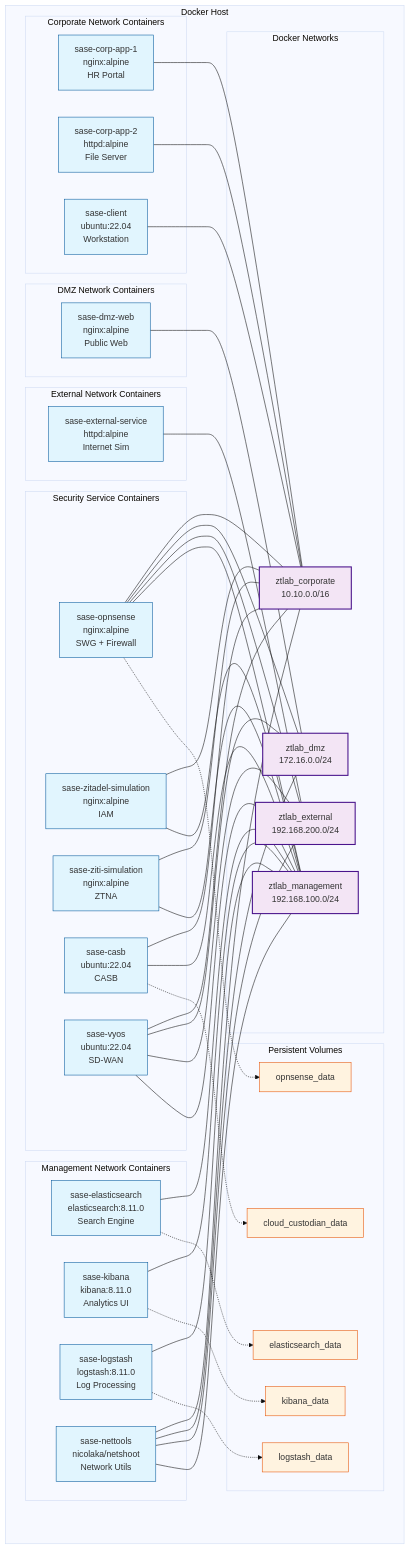
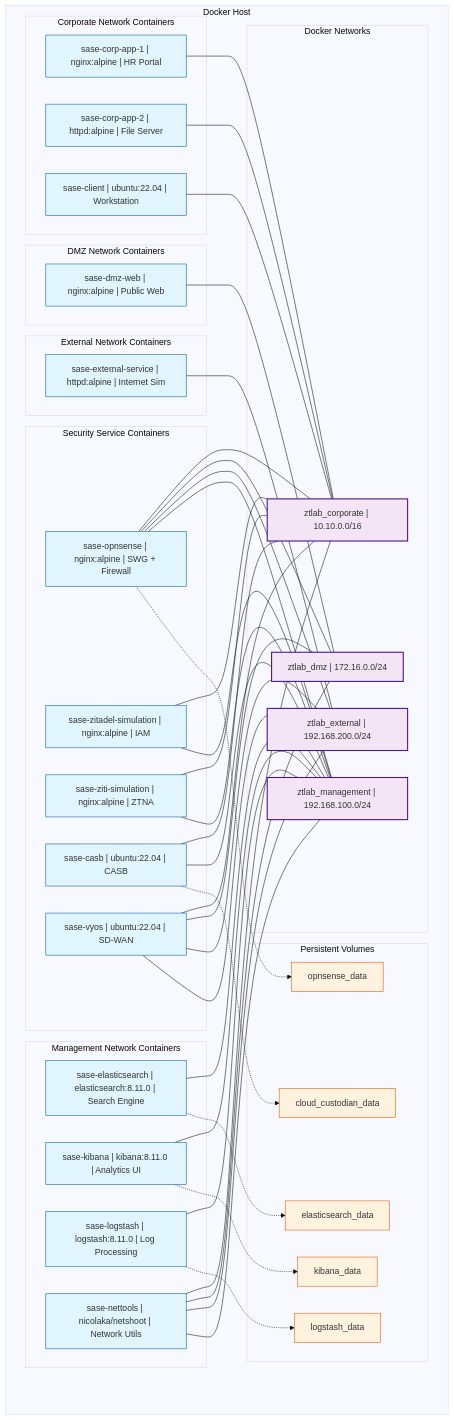
Before and after one commit to tom-jordan23/ztlab: the fifth of 7 diagrams in ARCHITECTURE.md, drawn with Mermaid (base theme). The commit also changed other lines of this file, not shown here.

Commit message:
diagram fixes

```diff
--- a/ARCHITECTURE.md
+++ b/ARCHITECTURE.md
@@ -302,39 +302,39 @@
 graph TB
     subgraph "Docker Host"
         subgraph "Corporate Network Containers"
-            C1[sase-corp-app-1<br/>nginx:alpine<br/>HR Portal]
-            C2[sase-corp-app-2<br/>httpd:alpine<br/>File Server]
-            C3[sase-client<br/>ubuntu:22.04<br/>Workstation]
+            C1["sase-corp-app-1 | nginx:alpine | HR Portal"]
+            C2["sase-corp-app-2 | httpd:alpine | File Server"]
+            C3["sase-client | ubuntu:22.04 | Workstation"]
         end
 
         subgraph "DMZ Network Containers"
-            D1[sase-dmz-web<br/>nginx:alpine<br/>Public Web]
+            D1["sase-dmz-web | nginx:alpine | Public Web"]
         end
 
         subgraph "External Network Containers"
-            E1[sase-external-service<br/>httpd:alpine<br/>Internet Sim]
+            E1["sase-external-service | httpd:alpine | Internet Sim"]
         end
 
         subgraph "Security Service Containers"
-            S1[sase-opnsense<br/>nginx:alpine<br/>SWG + Firewall]
-            S2[sase-zitadel-simulation<br/>nginx:alpine<br/>IAM]
-            S3[sase-ziti-simulation<br/>nginx:alpine<br/>ZTNA]
-            S4[sase-casb<br/>ubuntu:22.04<br/>CASB]
-            S5[sase-vyos<br/>ubuntu:22.04<br/>SD-WAN]
+            S1["sase-opnsense | nginx:alpine | SWG + Firewall"]
+            S2["sase-zitadel-simulation | nginx:alpine | IAM"]
+            S3["sase-ziti-simulation | nginx:alpine | ZTNA"]
+            S4["sase-casb | ubuntu:22.04 | CASB"]
+            S5["sase-vyos | ubuntu:22.04 | SD-WAN"]
         end
 
         subgraph "Management Network Containers"
-            M1[sase-elasticsearch<br/>elasticsearch:8.11.0<br/>Search Engine]
-            M2[sase-kibana<br/>kibana:8.11.0<br/>Analytics UI]
-            M3[sase-logstash<br/>logstash:8.11.0<br/>Log Processing]
-            M4[sase-nettools<br/>nicolaka/netshoot<br/>Network Utils]
+            M1["sase-elasticsearch | elasticsearch:8.11.0 | Search Engine"]
+            M2["sase-kibana | kibana:8.11.0 | Analytics UI"]
+            M3["sase-logstash | logstash:8.11.0 | Log Processing"]
+            M4["sase-nettools | nicolaka/netshoot | Network Utils"]
         end
 
         subgraph "Docker Networks"
-            N1[ztlab_corporate<br/>10.10.0.0/16]
-            N2[ztlab_dmz<br/>172.16.0.0/24]
-            N3[ztlab_external<br/>192.168.200.0/24]
-            N4[ztlab_management<br/>192.168.100.0/24]
+            N1["ztlab_corporate | 10.10.0.0/16"]
+            N2["ztlab_dmz | 172.16.0.0/24"]
+            N3["ztlab_external | 192.168.200.0/24"]
+            N4["ztlab_management | 192.168.100.0/24"]
         end
 
         subgraph "Persistent Volumes"
```
